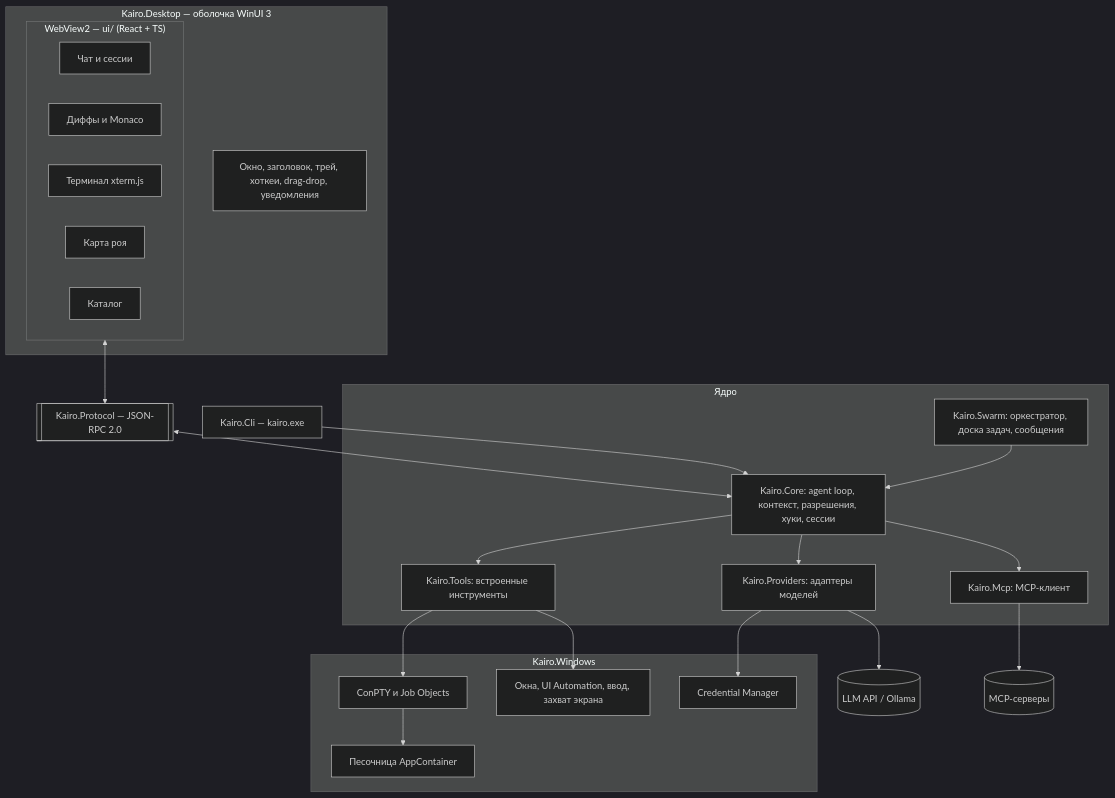
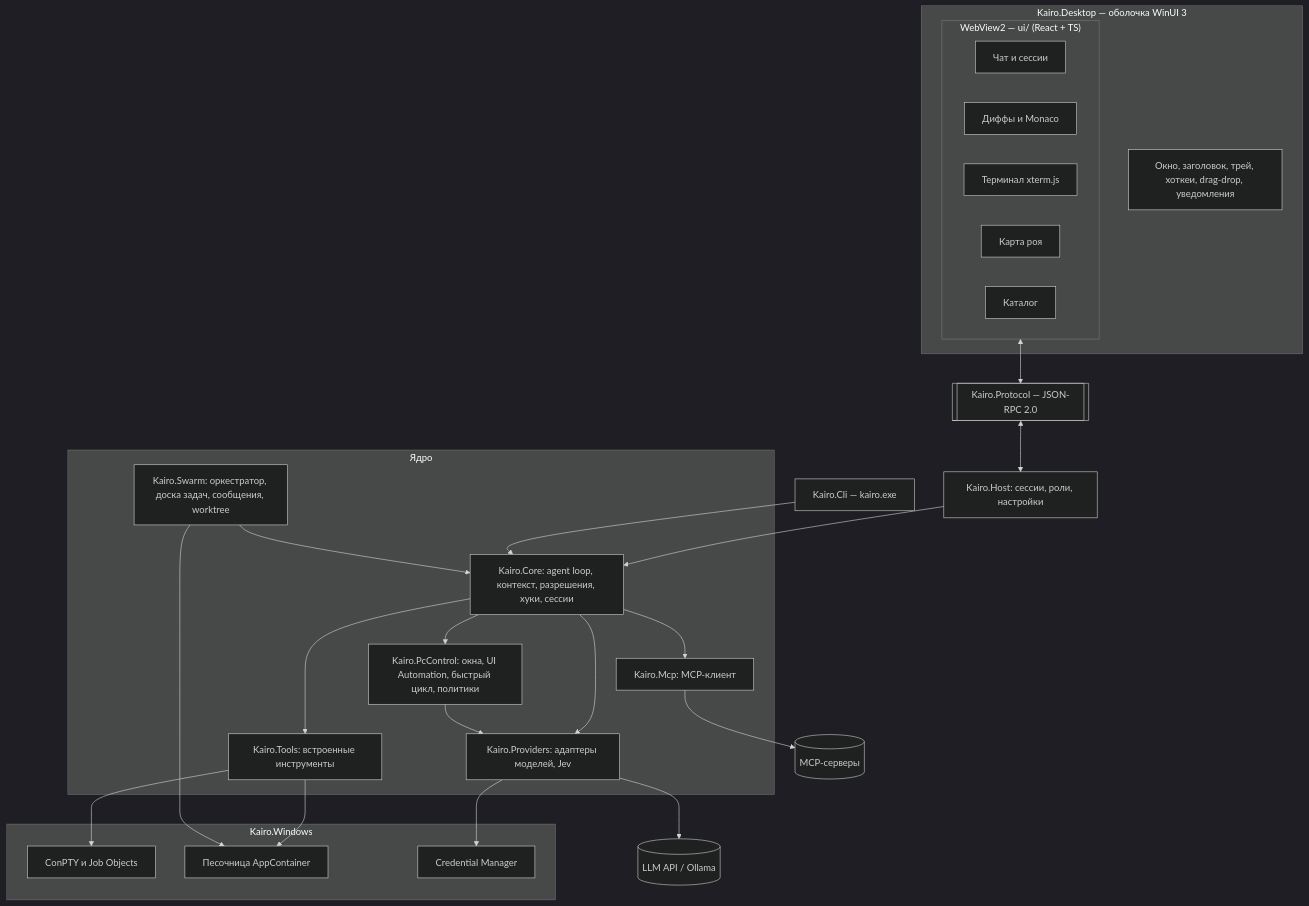
Before and after one commit to dmitriii501/aiapp: the diagram in docs/ARCHITECTURE.md, drawn with Mermaid (dark theme). The commit also changed other lines of this file and 14 other files, not shown here.

````diff
--- a/docs/ARCHITECTURE.md
+++ b/docs/ARCHITECTURE.md
@@ -7,41 +7,45 @@
 ```mermaid
 flowchart TB
     subgraph Desktop["Kairo.Desktop — оболочка WinUI 3"]
         Shell["Окно, заголовок, трей, хоткеи, drag-drop, уведомления"]
         subgraph WV["WebView2 — ui/ (React + TS)"]
             Chat["Чат и сессии"]
             Diff["Диффы и Monaco"]
             Term["Терминал xterm.js"]
             SwarmUI["Карта роя"]
             Store["Каталог"]
         end
     end
 
     Proto[["Kairo.Protocol — JSON-RPC 2.0"]]
     CLI["Kairo.Cli — kairo.exe"]
 
     subgraph Engine["Ядро"]
         Core["Kairo.Core: agent loop, контекст, разрешения, хуки, сессии"]
-        Swarm["Kairo.Swarm: оркестратор, доска задач, сообщения"]
+        Swarm["Kairo.Swarm: оркестратор, доска задач, сообщения, worktree"]
         Tools["Kairo.Tools: встроенные инструменты"]
-        Prov["Kairo.Providers: адаптеры моделей"]
+        Prov["Kairo.Providers: адаптеры моделей, Jev"]
         Mcp["Kairo.Mcp: MCP-клиент"]
+        PcCtl["Kairo.PcControl: окна, UI Automation, быстрый цикл, политики"]
     end
 
     subgraph Win["Kairo.Windows"]
         PTY["ConPTY и Job Objects"]
-        PC["Окна, UI Automation, ввод, захват экрана"]
         Sand["Песочница AppContainer"]
         Cred["Credential Manager"]
     end
 
-    WV <--> Proto <--> Core
+    Host["Kairo.Host: сессии, роли, настройки"]
+
+    WV <--> Proto <--> Host --> Core
     CLI --> Core
     Swarm --> Core
-    Core --> Tools & Prov & Mcp
-    Tools --> PTY & PC
-    PTY --> Sand
+    Core --> Tools & Prov & Mcp & PcCtl
+    Tools --> PTY
+    Tools --> Sand
+    Swarm --> Sand
+    PcCtl --> Prov
     Prov --> Cred
     Prov --> LLM[("LLM API / Ollama")]
     Mcp --> MCPs[("MCP-серверы")]
 ```
````
